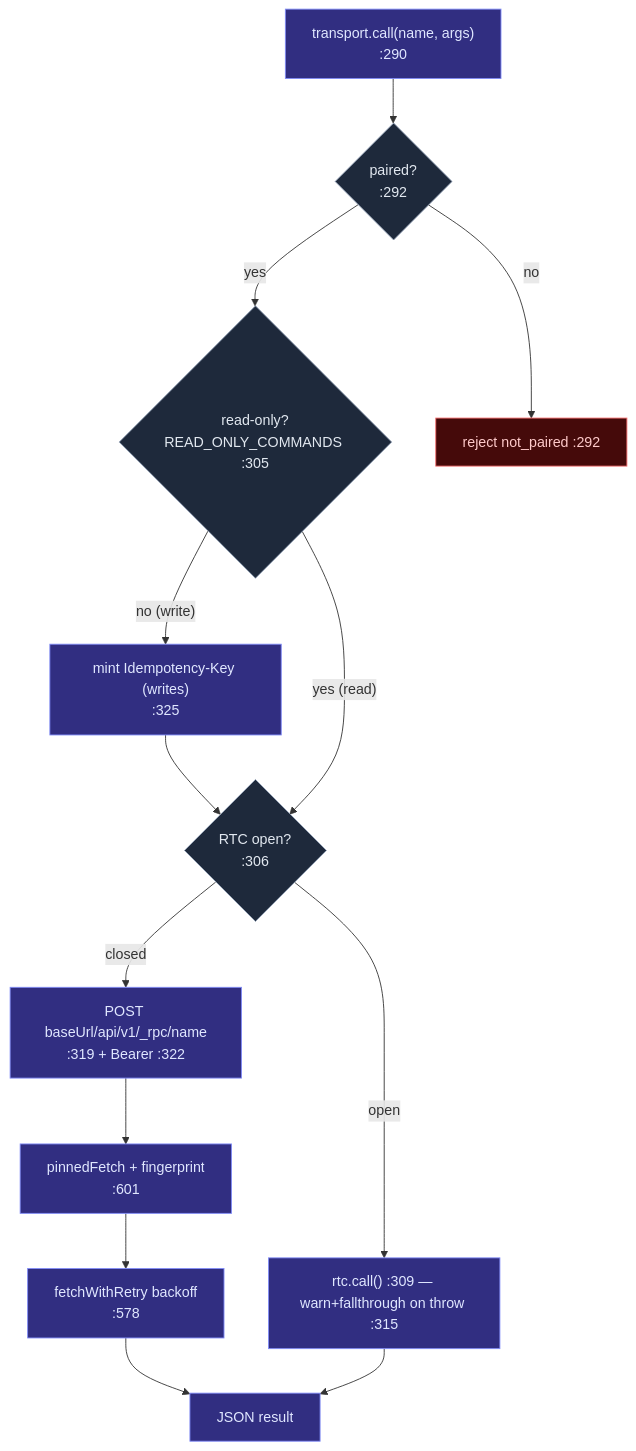
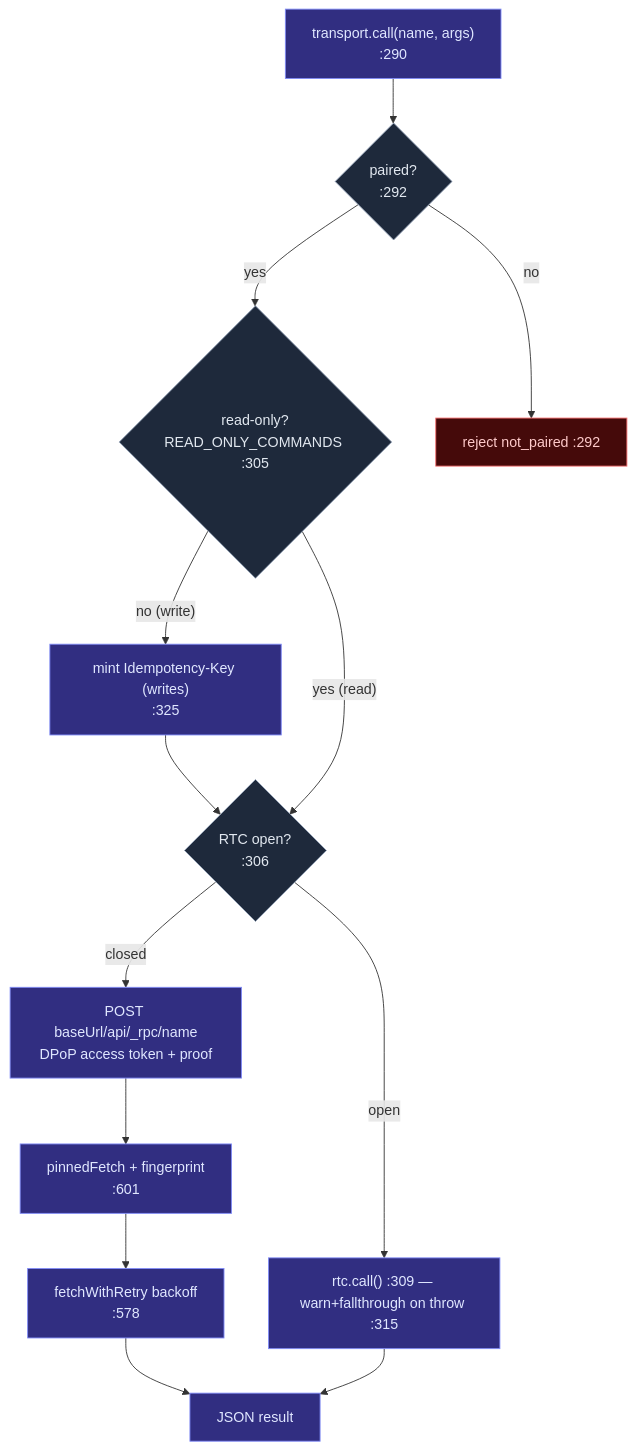
Before and after one commit to MaxQian888/cognia-next: the diagram in docs/content/docs/en/ui/mobile-architecture/transport-layer.mdx, drawn with Mermaid. The commit also changed other lines of this file and 101 other files, not shown here.

Commit message:
docs: synchronize architecture and subsystem references

````diff
--- a/docs/content/docs/en/ui/mobile-architecture/transport-layer.mdx
+++ b/docs/content/docs/en/ui/mobile-architecture/transport-layer.mdx
@@ -68,28 +64,28 @@
 ```mermaid
 flowchart TB
   CALL["transport.call(name, args)<br/>:290"]
   CFG{"paired?<br/>:292"}
   RO{"read-only?<br/>READ_ONLY_COMMANDS :305"}
   RTC{"RTC open?<br/>:306"}
   IDK["mint Idempotency-Key (writes)<br/>:325"]
-  URL["POST baseUrl/api/v1/_rpc/name<br/>:319 + Bearer :322"]
+  URL["POST baseUrl/api/_rpc/name<br/>DPoP access token + proof"]
   PIN["pinnedFetch + fingerprint<br/>:601"]
   RETRY["fetchWithRetry backoff<br/>:578"]
   OUT["JSON result"]
 
   CALL --> CFG
   CFG -- "no" --> ERR["reject not_paired :292"]
   CFG -- "yes" --> RO
   RO -- "no (write)" --> IDK --> RTC
   RO -- "yes (read)" --> RTC
   RTC -- "open" --> RTCCALL["rtc.call() :309 — warn+fallthrough on throw :315"]
   RTC -- "closed" --> URL --> PIN --> RETRY --> OUT
   RTCCALL --> OUT
 
   classDef n fill:#312e81,stroke:#818cf8,color:#e0e7ff
   classDef d fill:#1e293b,stroke:#94a3b8,color:#e2e8f0
   classDef e fill:#450a0a,stroke:#f87171,color:#fecaca
   class CALL,IDK,URL,PIN,RETRY,RTCCALL,OUT n
   class CFG,RO,RTC d
   class ERR e
 ```
````
